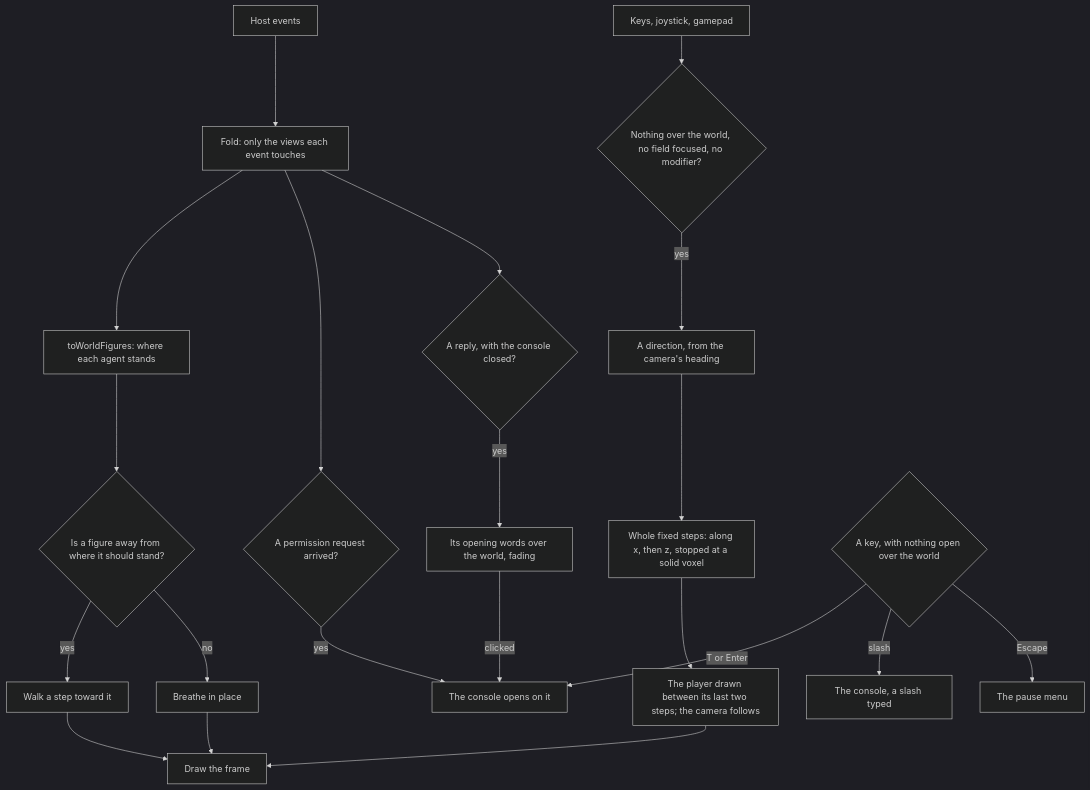
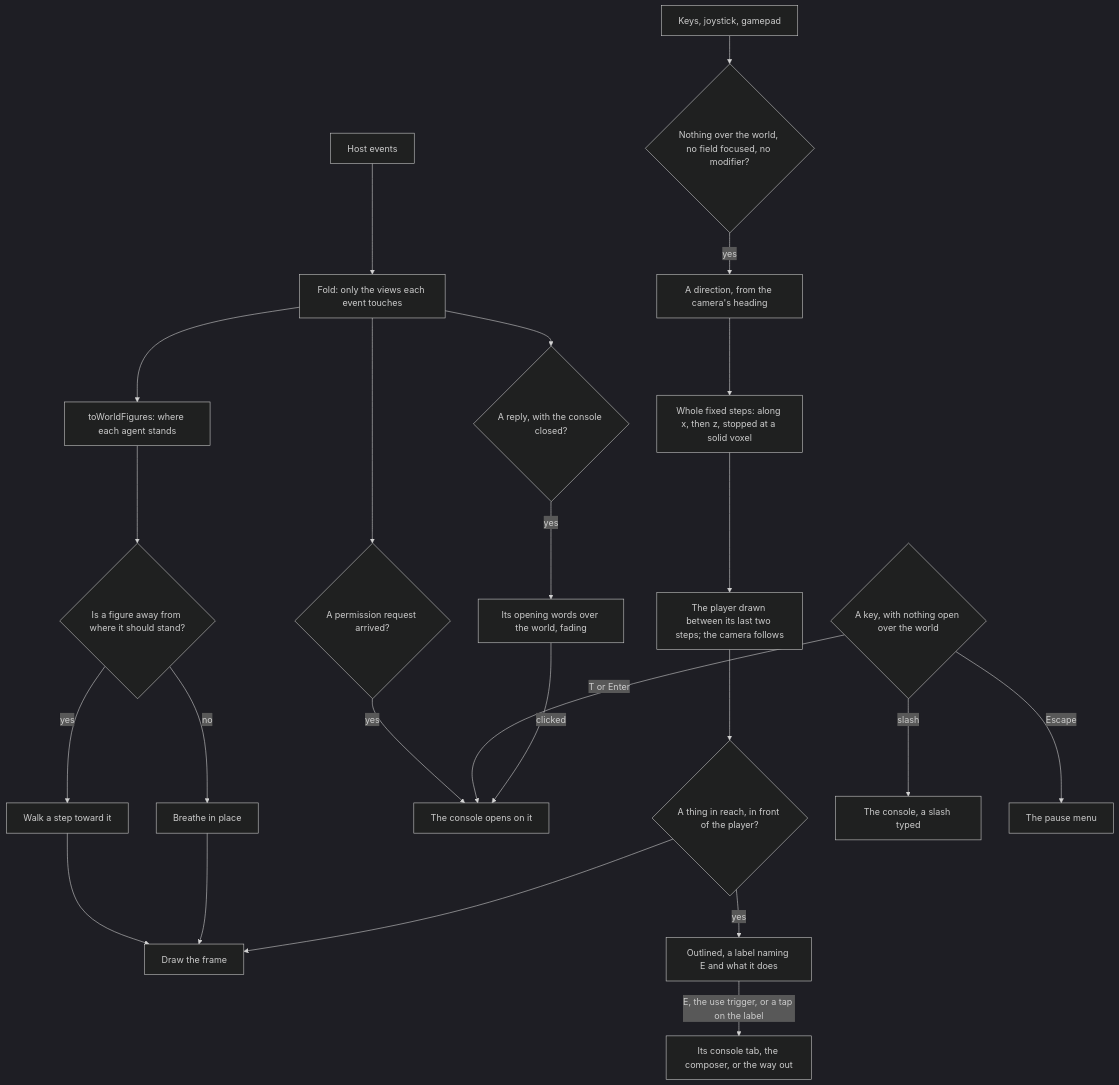
The diagram in apps/web/content/docs/infra/claude-interface/agent-console/voxel-world.md (Esposter/Esposter), drawn with Mermaid (dark theme) before and after one commit. The commit also changed other lines of this file and 23 other files, not shown here.

First line of the commit message:
feat(agent-console): a thing in the room is used by standing at it

````diff
--- a/apps/web/content/docs/infra/claude-interface/agent-console/voxel-world.md
+++ b/apps/web/content/docs/infra/claude-interface/agent-console/voxel-world.md
@@ -12,23 +12,26 @@
 ```mermaid
 flowchart TD
   H[Host events] --> F[Fold: only the views each event touches]
   F --> M[toWorldFigures: where each agent stands]
   M --> W{Is a figure away from where it should stand?}
   W -->|yes| A[Walk a step toward it]
   W -->|no| B[Breathe in place]
   A --> R[Draw the frame]
   B --> R
   F --> Q{A permission request arrived?}
   Q -->|yes| C[The console opens on it]
   F --> N{A reply, with the console closed?}
   N -->|yes| L[Its opening words over the world, fading]
   I[Keys, joystick, gamepad] --> G{Nothing over the world, no field focused, no modifier?}
   G -->|yes| D[A direction, from the camera's heading]
   D --> X[Whole fixed steps: along x, then z, stopped at a solid voxel]
   X --> Y[The player drawn between its last two steps; the camera follows]
-  Y --> R
+  Y --> Z{A thing in reach, in front of the player?}
+  Z -->|yes| O[Outlined, a label naming E and what it does]
+  O -->|E, the use trigger, or a tap on the label| U[Its console tab, the composer, or the way out]
+  Z --> R
   K{A key, with nothing open over the world} -->|T or Enter| C
   K -->|slash| S[The console, a slash typed]
   K -->|Escape| P[The pause menu]
   L -->|clicked| C
 ```
````
